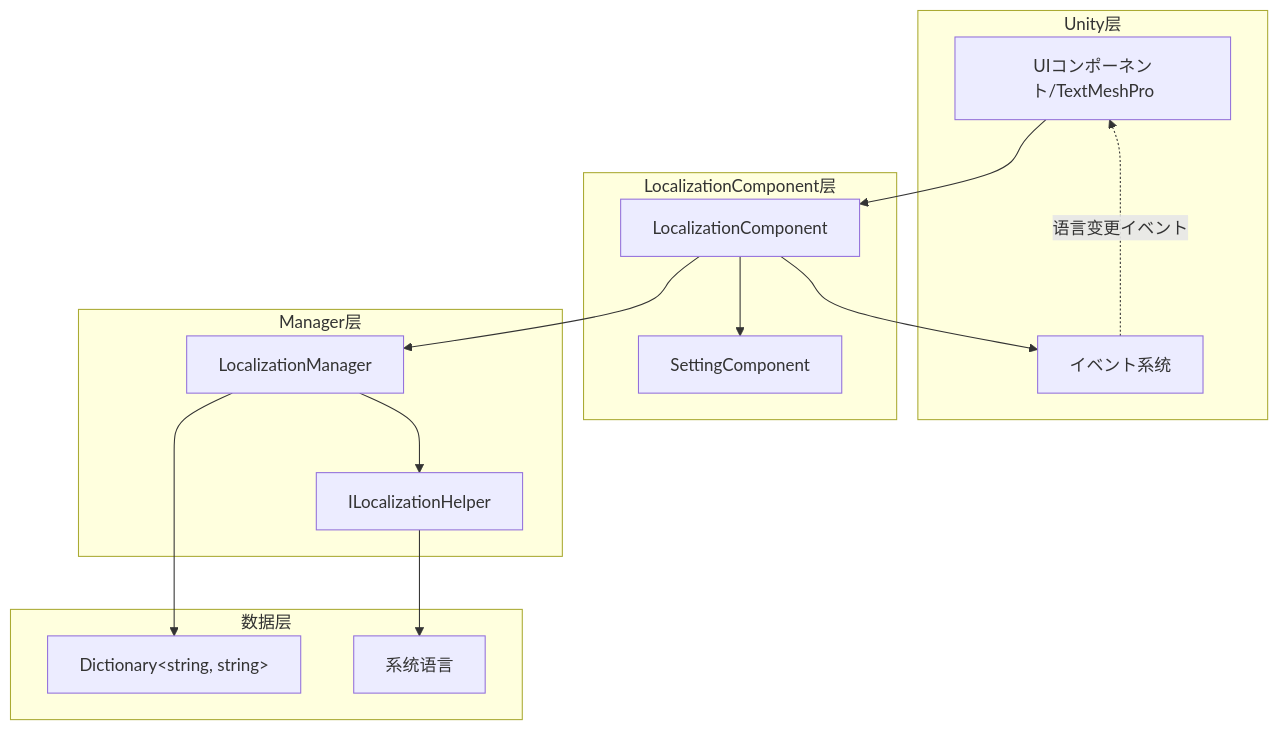
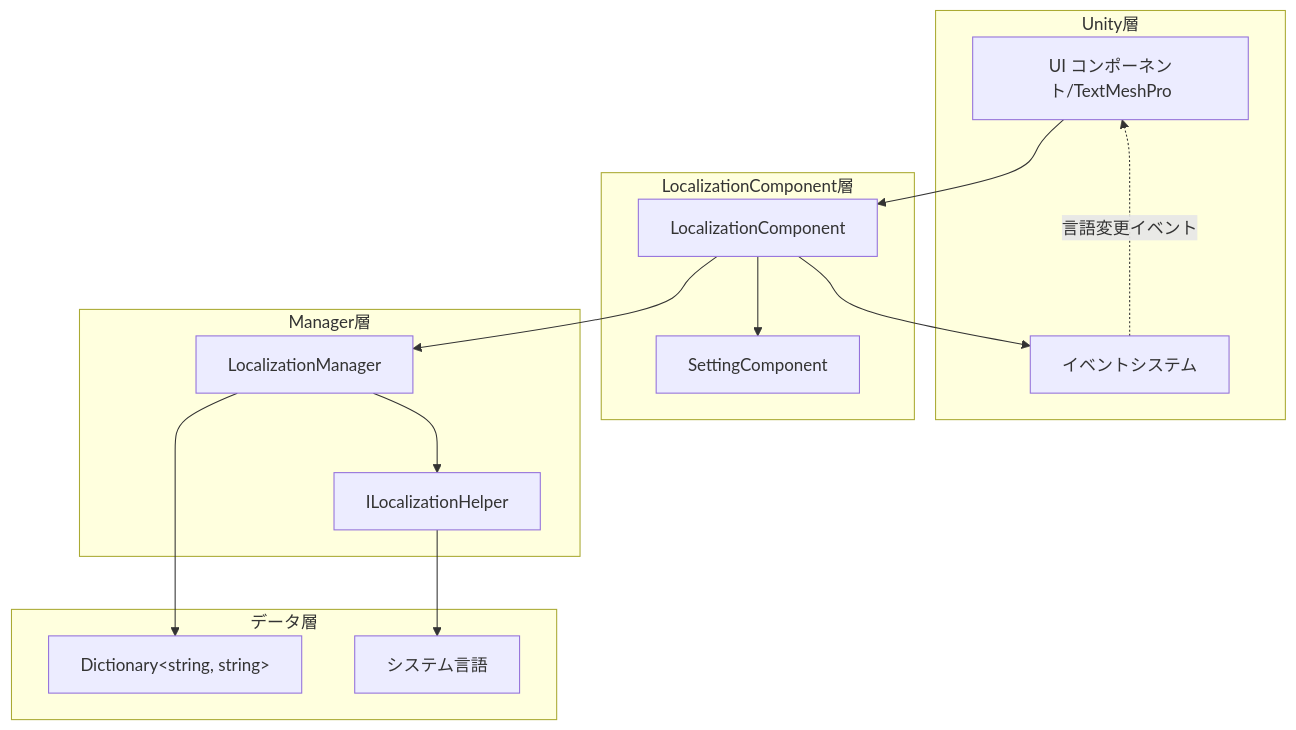
Before and after one commit to AlianBlank/GameFrameX.Docs: the diagram in docs/ja/client/unity/component/localization/08.best-practices.md, drawn with Mermaid. The commit also changed other lines of this file and 320 other files, not shown here.

````diff
--- a/docs/ja/client/unity/component/localization/08.best-practices.md
+++ b/docs/ja/client/unity/component/localization/08.best-practices.md
@@ -11,32 +11,32 @@
 ```mermaid
 graph TD
-    subgraph Unity层
-        UI[UIコンポーネント/TextMeshPro]
-        Event[イベント系统]
+    subgraph Unity層
+        UI[UI コンポーネント/TextMeshPro]
+        Event[イベントシステム]
     end
 
-    subgraph LocalizationComponent层
+    subgraph LocalizationComponent層
         Comp[LocalizationComponent]
         Setting[SettingComponent]
     end
 
-    subgraph Manager层
+    subgraph Manager層
         LM[LocalizationManager]
         Helper[ILocalizationHelper]
     end
 
-    subgraph 数据层
+    subgraph データ層
         Dict[Dictionary&lt;string, string&gt;]
-        Sys[系统语言]
+        Sys[システム言語]
     end
 
     UI --> Comp
     Comp --> LM
     Comp --> Event
     Comp --> Setting
     LM --> Dict
     LM --> Helper
     Helper --> Sys
 
-    Event -.->|语言变更イベント| UI
+    Event -.->|言語変更イベント| UI
 ```
````
